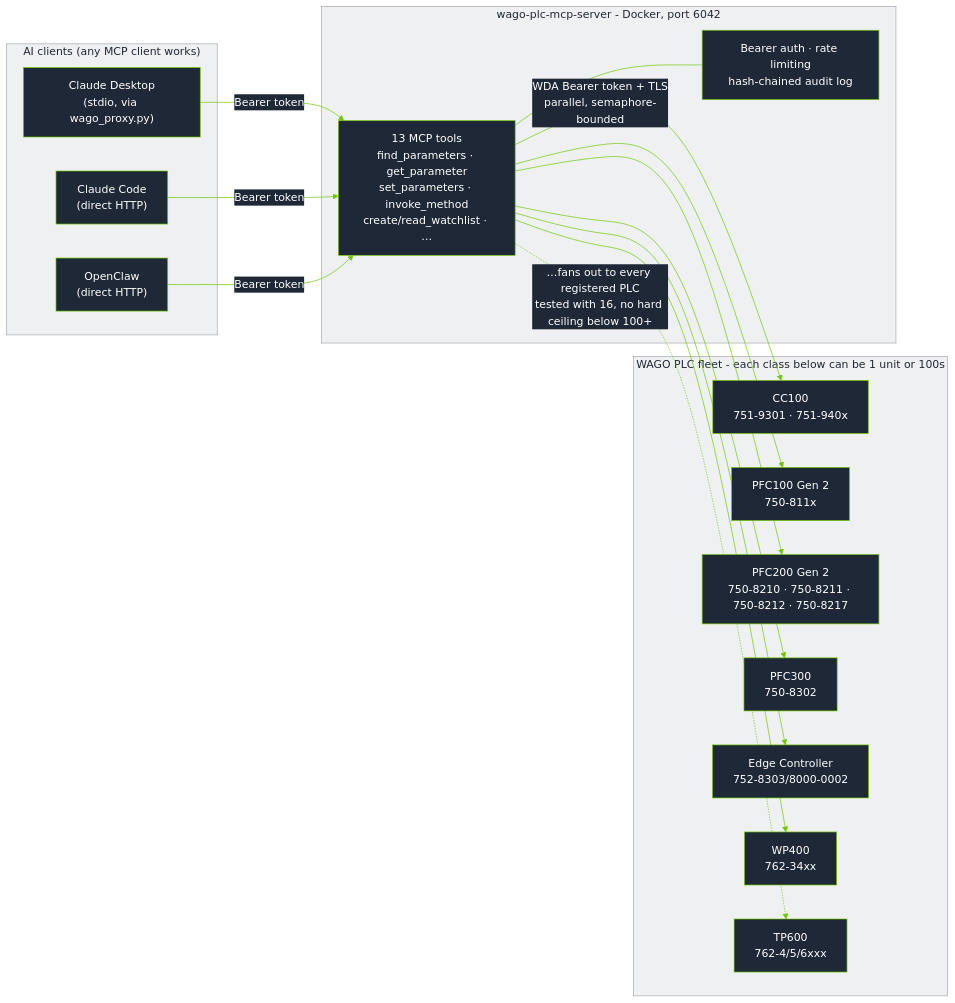
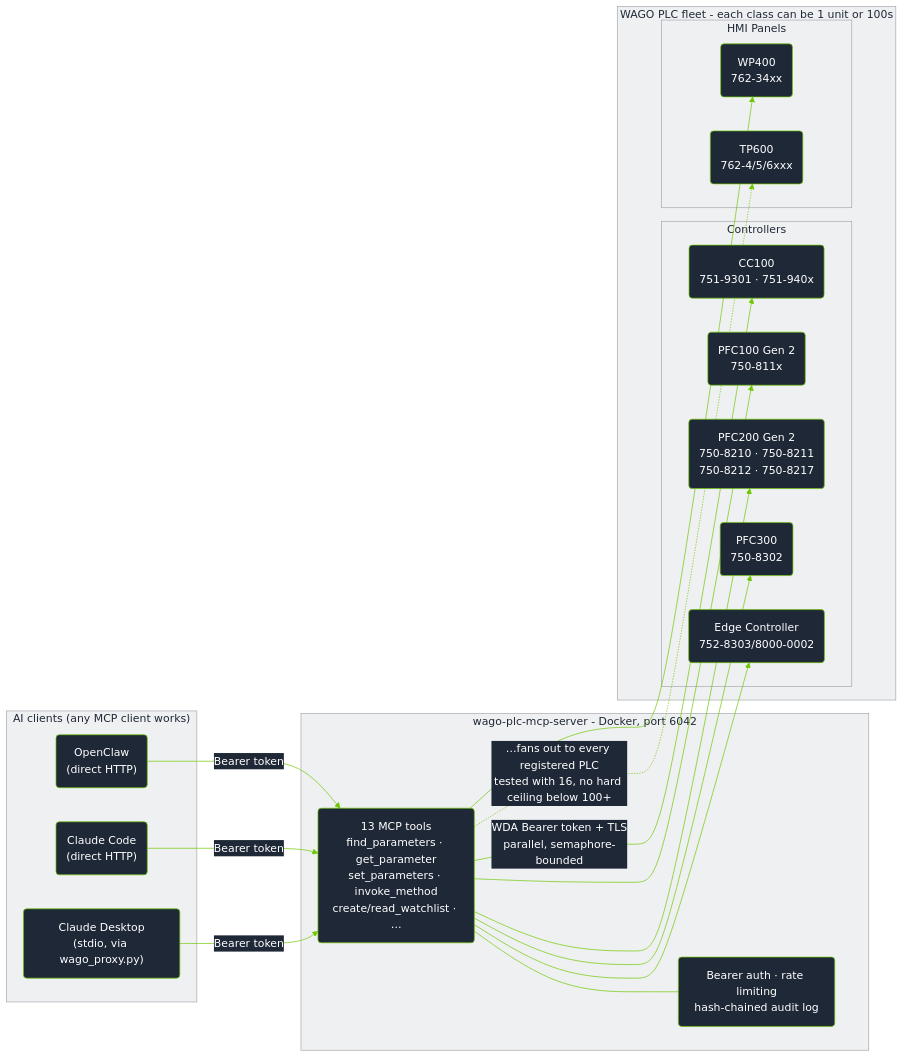
One commit to WagoAlex/wago-plc-mcp-server changed the diagram in README.md. Above: the diagram before and after it, drawn with Mermaid.

Commit message:
docs: rounded nodes and split fleet into Controllers/HMI subgraphs in architecture diagram

````diff
--- a/README.md
+++ b/README.md
@@ -84,52 +84,56 @@
 ```mermaid
 %%{init: {'theme':'base', 'themeVariables': {
   'primaryColor':'#1F2837',
   'primaryTextColor':'#ffffff',
   'primaryBorderColor':'#6EC800',
   'lineColor':'#6EC800',
   'secondaryColor':'#EFF0F1',
   'secondaryTextColor':'#1F2837',
   'secondaryBorderColor':'#A5A8AF',
   'tertiaryColor':'#FFFFFF',
   'tertiaryTextColor':'#1F2837',
   'tertiaryBorderColor':'#DEDFE1',
   'fontFamily':'Segoe UI, Helvetica, Arial, sans-serif',
   'clusterBkg':'#EFF0F1',
   'clusterBorder':'#A5A8AF',
   'edgeLabelBackground':'#1F2837'
 }}}%%
 flowchart LR
     subgraph Clients["AI clients (any MCP client works)"]
-        CD["Claude Desktop<br/>(stdio, via wago_proxy.py)"]
-        CC["Claude Code<br/>(direct HTTP)"]
-        OC["OpenClaw<br/>(direct HTTP)"]
+        CD("Claude Desktop<br/>(stdio, via wago_proxy.py)")
+        CC("Claude Code<br/>(direct HTTP)")
+        OC("OpenClaw<br/>(direct HTTP)")
     end
 
     CD -- "Bearer token" --> MCP
     CC -- "Bearer token" --> MCP
     OC -- "Bearer token" --> MCP
 
     subgraph Server["wago-plc-mcp-server - Docker, port 6042"]
-        MCP["13 MCP tools<br/>find_parameters · get_parameter<br/>set_parameters · invoke_method<br/>create/read_watchlist · …"]
-        Guard["Bearer auth · rate limiting<br/>hash-chained audit log"]
+        MCP("13 MCP tools<br/>find_parameters · get_parameter<br/>set_parameters · invoke_method<br/>create/read_watchlist · …")
+        Guard("Bearer auth · rate limiting<br/>hash-chained audit log")
         MCP --- Guard
     end
 
     MCP -- "WDA Bearer token + TLS<br/>parallel, semaphore-bounded" --> P1
     MCP --> P2
     MCP --> P3
     MCP --> P4
     MCP --> P5
     MCP --> P6
     MCP -. "…fans out to every registered PLC<br/>tested with 16, no hard ceiling below 100+" .-> Pn
 
-    subgraph Fleet["WAGO PLC fleet - each class below can be 1 unit or 100s"]
-        P1["CC100<br/>751-9301 · 751-940x"]
-        P2["PFC100 Gen 2<br/>750-811x"]
-        P3["PFC200 Gen 2<br/>750-8210 · 750-8211 · 750-8212 · 750-8217"]
-        P4["PFC300<br/>750-8302"]
-        P5["Edge Controller<br/>752-8303/8000-0002"]
-        P6["WP400<br/>762-34xx"]
-        Pn["TP600<br/>762-4/5/6xxx"]
+    subgraph Fleet["WAGO PLC fleet - each class can be 1 unit or 100s"]
+        subgraph Controllers["Controllers"]
+            P1("CC100<br/>751-9301 · 751-940x")
+            P2("PFC100 Gen 2<br/>750-811x")
+            P3("PFC200 Gen 2<br/>750-8210 · 750-8211<br/>750-8212 · 750-8217")
+            P4("PFC300<br/>750-8302")
+            P5("Edge Controller<br/>752-8303/8000-0002")
+        end
+        subgraph HMI["HMI Panels"]
+            P6("WP400<br/>762-34xx")
+            Pn("TP600<br/>762-4/5/6xxx")
+        end
     end
 ```
````
